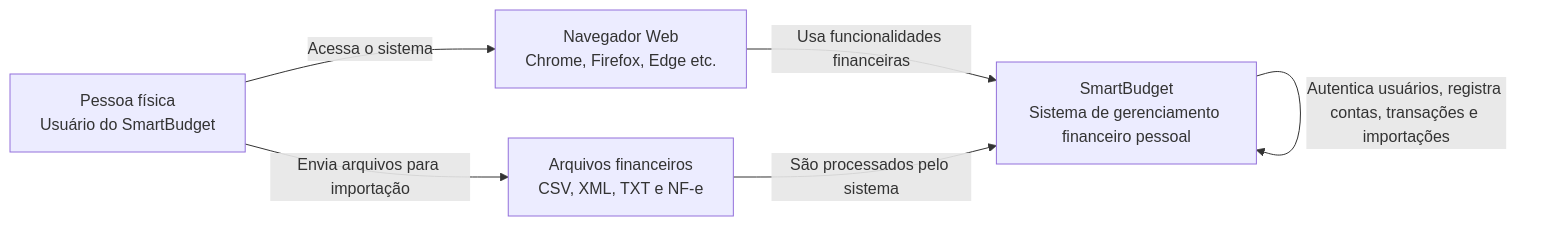
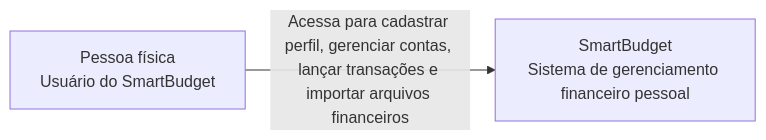
One commit to IFSC-ES2/projeto-app_financeiro changed the first of 2 diagrams in docs/arquitetura.md. Above: the diagram before and after it, drawn with Mermaid. The commit also changed other lines of this file, not shown here.

Commit message:
docs: Ajustando os diagramas do arquitetura.md

````diff
--- a/docs/arquitetura.md
+++ b/docs/arquitetura.md
@@ -15,17 +15,8 @@
 ```mermaid
 flowchart LR
     usuario["Pessoa física\nUsuário do SmartBudget"]
 
     smartbudget["SmartBudget\nSistema de gerenciamento financeiro pessoal"]
 
-    arquivos["Arquivos financeiros\nCSV, XML, TXT e NF-e"]
-
-    navegador["Navegador Web\nChrome, Firefox, Edge etc."]
-
-    usuario -->|Acessa o sistema| navegador
-    navegador -->|Usa funcionalidades financeiras| smartbudget
-    usuario -->|Envia arquivos para importação| arquivos
-    arquivos -->|São processados pelo sistema| smartbudget
-
-    smartbudget -->|Autentica usuários, registra contas, transações e importações| smartbudget
+    usuario -->|Acessa para cadastrar perfil, gerenciar contas, lançar transações e importar arquivos financeiros| smartbudget
 ```
````
